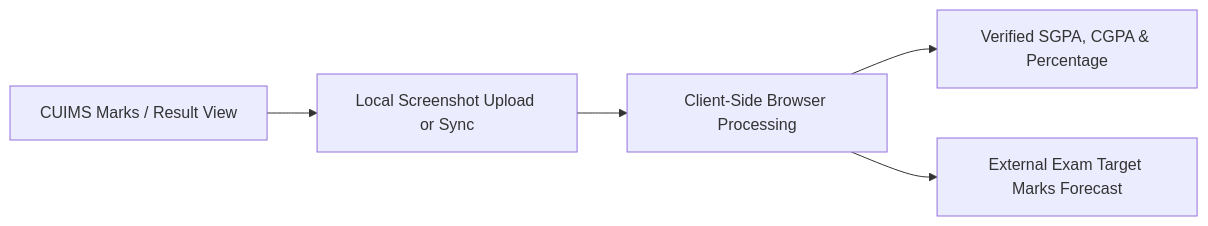
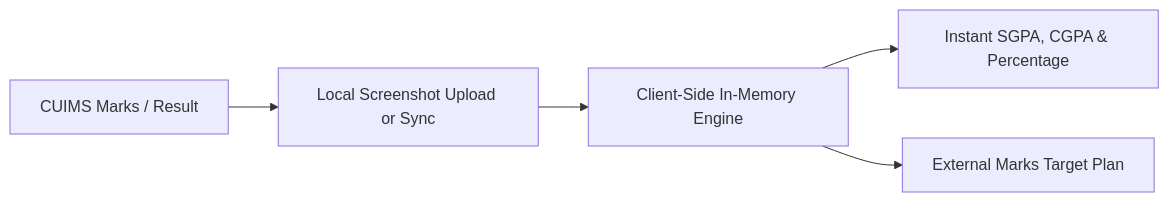
One commit to amanjeet233/cuims-sgpa-cgpa-marks-calculator changed the diagram in README.md. Above: the diagram before and after it, drawn with Mermaid. The commit also changed other lines of this file, not shown here.

````diff
--- a/README.md
+++ b/README.md
@@ -40,7 +49,7 @@
 ```mermaid
 flowchart LR
-    A["CUIMS Marks / Result View"] --> B["Local Screenshot Upload or Sync"]
-    B --> C["Client-Side Browser Processing"]
-    C --> D["Verified SGPA, CGPA & Percentage"]
-    C --> E["External Exam Target Marks Forecast"]
+    A["CUIMS Marks / Result"] --> B["Local Screenshot Upload or Sync"]
+    B --> C["Client-Side In-Memory Engine"]
+    C --> D["Instant SGPA, CGPA & Percentage"]
+    C --> E["External Marks Target Plan"]
 ```
````
